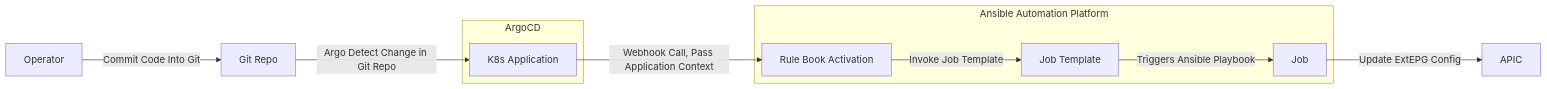
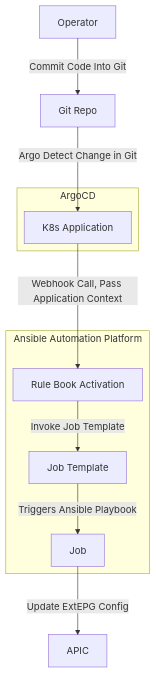
The second of 2 diagrams in README.md (camrossi/aci-k8s-demo), drawn with Mermaid before and after one commit. The commit also changed other lines of this file, not shown here.

````diff
--- a/README.md
+++ b/README.md
@@ -52,19 +52,19 @@
 ```mermaid
-    flowchart-elk LR
+    flowchart-elk TD
         O["Operator"]
         GR["Git Repo"]
         subgraph ArgoCD
             KA["K8s Application"]
         end
         subgraph Ansible Automation Platform
             RBA["Rule Book Activation"]
             JT["Job Template"]
             J["Job"]
             RBA -- "Invoke Job Template" --> JT
             JT -- "Triggers Ansible Playbook" --> J
         end
         O -- "Commit Code Into Git" --> GR
-        GR -- "Argo Detect Change in Git Repo" --> KA
+        GR -- "Argo Detect Change in Git" --> KA
         KA -- "Webhook Call, Pass Application Context" --> RBA
         J -- "Update ExtEPG Config" --> APIC
 ```
````
